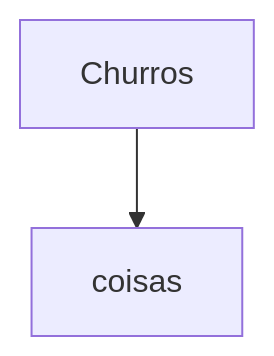
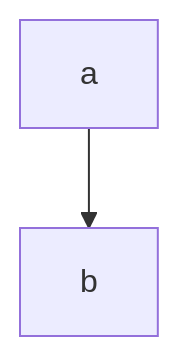
Before and after one commit to LucasDiasR/Receitas: the diagram in Pão.md, drawn with Mermaid.

Commit message:
Atualizar o Pão.md

````diff
--- a/Pão.md
+++ b/Pão.md
@@ -17,9 +17,8 @@
 ```mermaid
 
 flowchart TB
-a[Churros]
 
-a-->b[coisas]
+a-->b
 
 
 ```  
````
